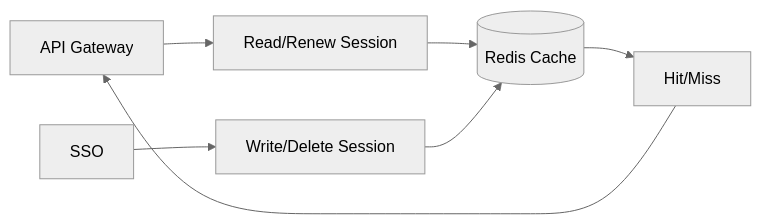
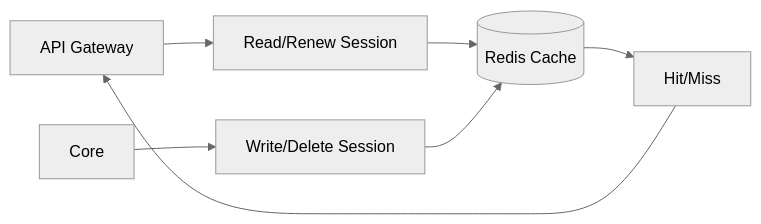
One commit to CVThien2k2/joytab changed the eighth of 8 diagrams in docs/system-architecture-20260522.md. Above: the diagram before and after it, drawn with Mermaid (neutral theme). The commit also changed other lines of this file and 4 other files, not shown here.

Commit message:
docs: rename sso service to core

````diff
--- a/docs/system-architecture-20260522.md
+++ b/docs/system-architecture-20260522.md
@@ -158,9 +158,9 @@
 ```mermaid
 flowchart LR
   GW[API Gateway] --> RW[Read/Renew Session]
-  SSO[SSO] --> WD[Write/Delete Session]
+  CORE[Core] --> WD[Write/Delete Session]
   RW --> REDIS[(Redis Cache)]
   WD --> REDIS
   REDIS --> HIT[Hit/Miss]
   HIT --> GW
 ```
````
